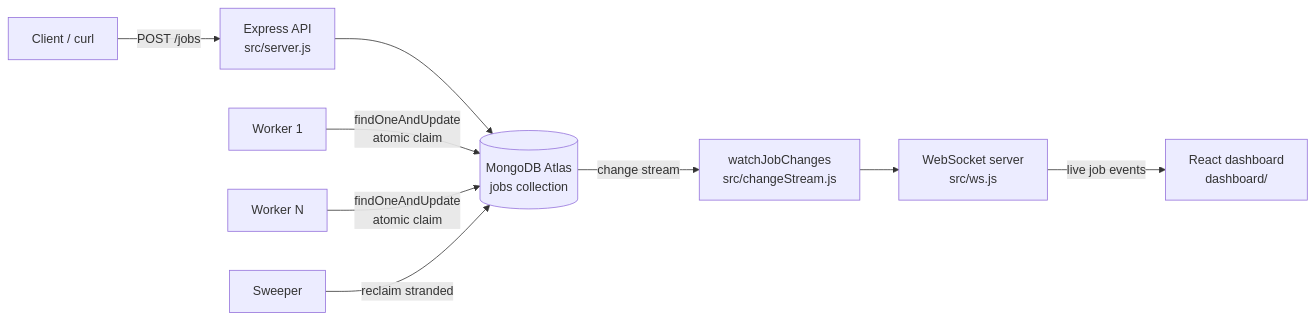
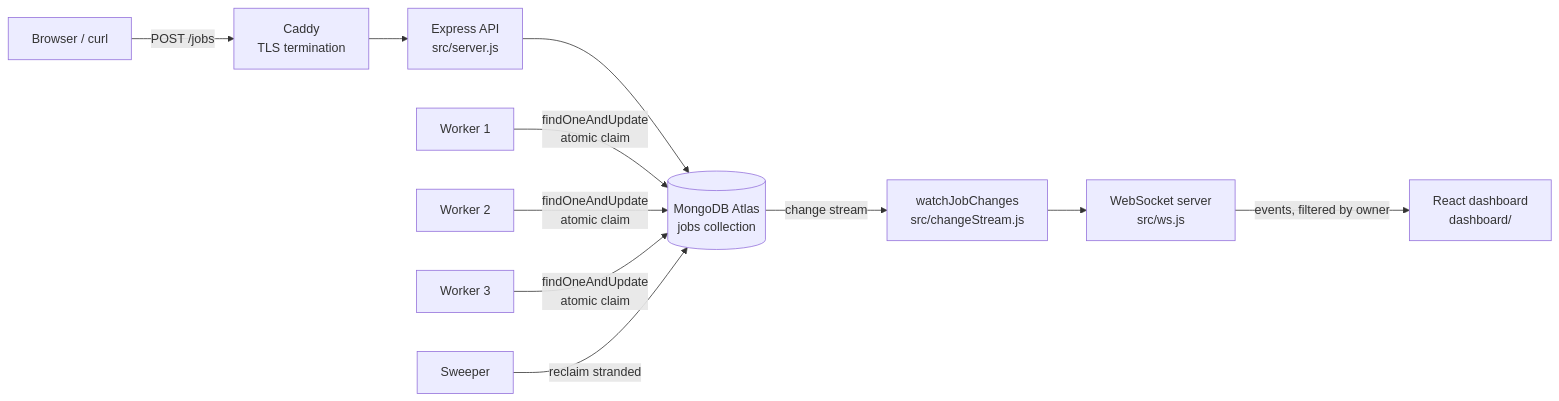
One commit to KumarShourya001/Distributred_Job_Queue changed the diagram in README.md. Above: the diagram before and after it, drawn with Mermaid. The commit also changed other lines of this file and 12 other files, not shown here.

````diff
--- a/README.md
+++ b/README.md
@@ -14,11 +19,13 @@
 ```mermaid
 flowchart LR
-    C[Client / curl] -->|POST /jobs| API[Express API<br/>src/server.js]
+    C[Browser / curl] -->|POST /jobs| CD[Caddy<br/>TLS termination]
+    CD --> API[Express API<br/>src/server.js]
     API --> DB[(MongoDB Atlas<br/>jobs collection)]
     W1[Worker 1] -->|findOneAndUpdate<br/>atomic claim| DB
-    W2[Worker N] -->|findOneAndUpdate<br/>atomic claim| DB
+    W2[Worker 2] -->|findOneAndUpdate<br/>atomic claim| DB
+    W3[Worker 3] -->|findOneAndUpdate<br/>atomic claim| DB
     SW[Sweeper] -->|reclaim stranded| DB
     DB -->|change stream| CS[watchJobChanges<br/>src/changeStream.js]
     CS --> WS[WebSocket server<br/>src/ws.js]
-    WS -->|live job events| UI[React dashboard<br/>dashboard/]
+    WS -->|events, filtered by owner| UI[React dashboard<br/>dashboard/]
 ```
````
